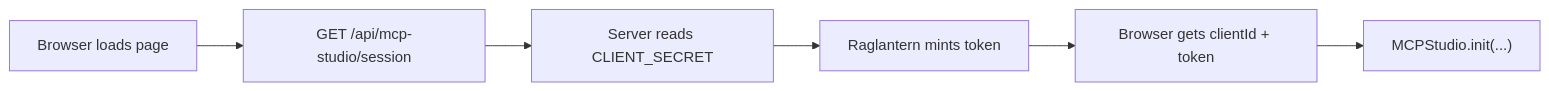
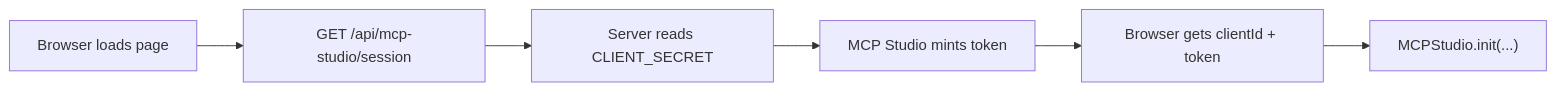
Before and after one commit to zthewriter/mcp-studio-sdk-sample-apps: the diagram in README.md, drawn with Mermaid. The commit also changed other lines of this file and 28 other files, not shown here.

````diff
--- a/README.md
+++ b/README.md
@@ -81,8 +79,8 @@
 ```mermaid
 flowchart LR
   A["Browser loads page"] --> B["GET /api/mcp-studio/session"]
   B --> C["Server reads CLIENT_SECRET"]
-  C --> D["Raglantern mints token"]
+  C --> D["MCP Studio mints token"]
   D --> E["Browser gets clientId + token"]
   E --> F["MCPStudio.init(...)"]
 ```
````
